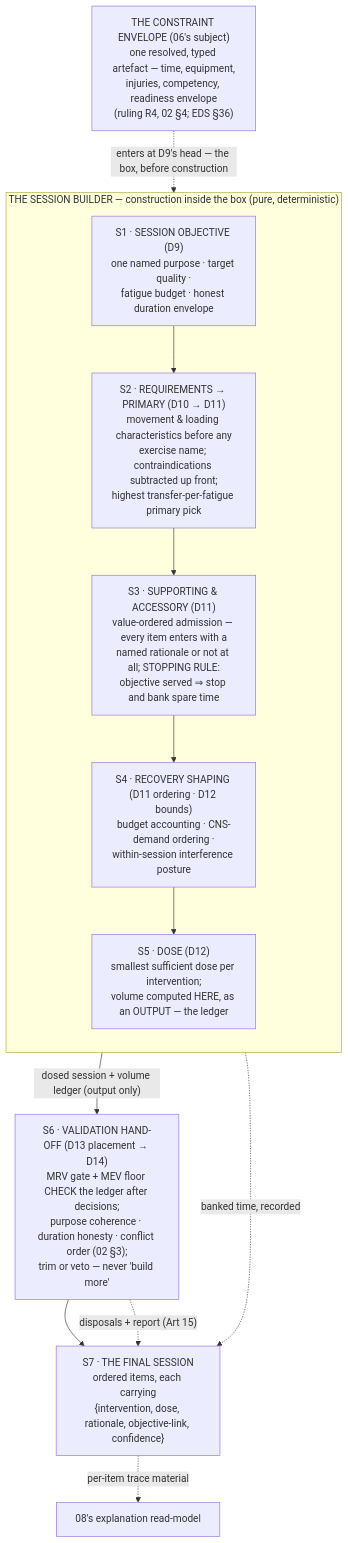
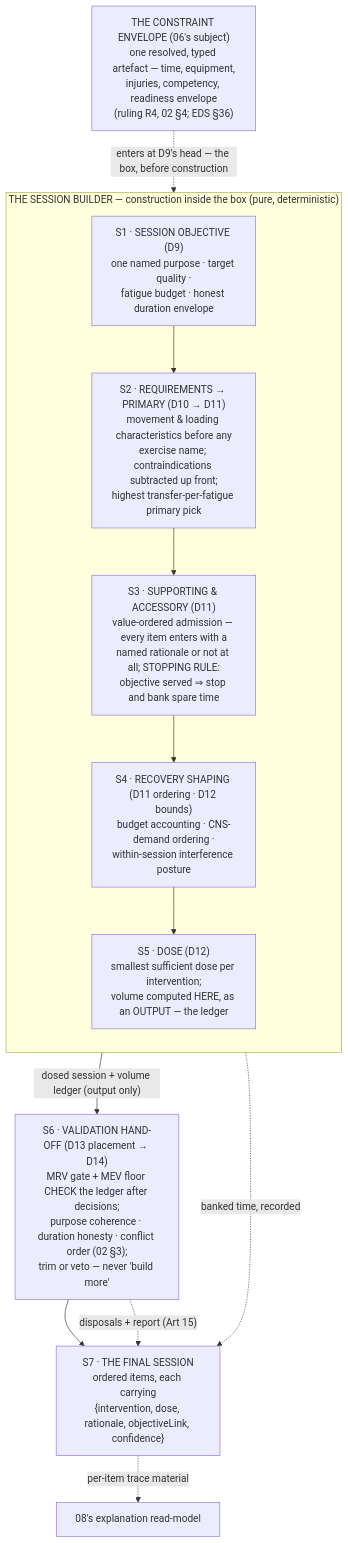
One commit to SimonDring/hybrid-react changed the diagram in docs/design/engine-v2/05-SESSION-BUILDER.md. Above: the diagram before and after it, drawn with Mermaid. The commit also changed other lines of this file and 6 other files, not shown here.

Commit message:
docs(engine-v2): T15 whole-set consistency fixes — 13's module table to the 17-module vocabulary; AI-T/KV wiring; objectiveLink; README rows

````diff
--- a/docs/design/engine-v2/05-SESSION-BUILDER.md
+++ b/docs/design/engine-v2/05-SESSION-BUILDER.md
@@ -87,22 +87,22 @@
 ```mermaid
 flowchart TB
   CE["THE CONSTRAINT ENVELOPE (06's subject)<br/>one resolved, typed artefact — time, equipment,<br/>injuries, competency, readiness envelope<br/>(ruling R4, 02 §4; EDS §36)"]
 
   subgraph BUILD["THE SESSION BUILDER — construction inside the box (pure, deterministic)"]
     direction TB
     S1["S1 · SESSION OBJECTIVE (D9)<br/>one named purpose · target quality ·<br/>fatigue budget · honest duration envelope"]
     S2["S2 · REQUIREMENTS → PRIMARY (D10 → D11)<br/>movement & loading characteristics before any<br/>exercise name; contraindications subtracted up front;<br/>highest transfer-per-fatigue primary pick"]
     S3["S3 · SUPPORTING & ACCESSORY (D11)<br/>value-ordered admission — every item enters with a<br/>named rationale or not at all; STOPPING RULE:<br/>objective served ⇒ stop and bank spare time"]
     S4["S4 · RECOVERY SHAPING (D11 ordering · D12 bounds)<br/>budget accounting · CNS-demand ordering ·<br/>within-session interference posture"]
     S5["S5 · DOSE (D12)<br/>smallest sufficient dose per intervention;<br/>volume computed HERE, as an OUTPUT — the ledger"]
     S1 --> S2 --> S3 --> S4 --> S5
   end
 
   CE -. "enters at D9's head — the box, before construction" .-> S1
 
   S5 -- "dosed session + volume ledger (output only)" --> S6["S6 · VALIDATION HAND-OFF (D13 placement → D14)<br/>MRV gate + MEV floor CHECK the ledger after decisions;<br/>purpose coherence · duration honesty · conflict order (02 §3);<br/>trim or veto — never 'build more'"]
-  S6 --> S7["S7 · THE FINAL SESSION<br/>ordered items, each carrying<br/>{intervention, dose, rationale, objective-link, confidence}"]
+  S6 --> S7["S7 · THE FINAL SESSION<br/>ordered items, each carrying<br/>{intervention, dose, rationale, objectiveLink, confidence}"]
   S3 -. "banked time, recorded" .-> S7
   S6 -. "disposals + report (Art 15)" .-> S7
   S7 -. "per-item trace material" .-> XP["08's explanation read-model"]
 ```
````
